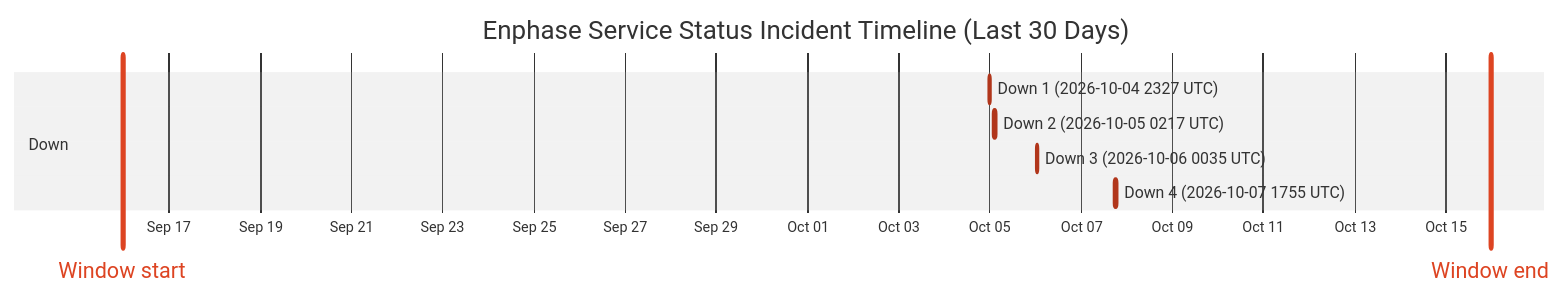
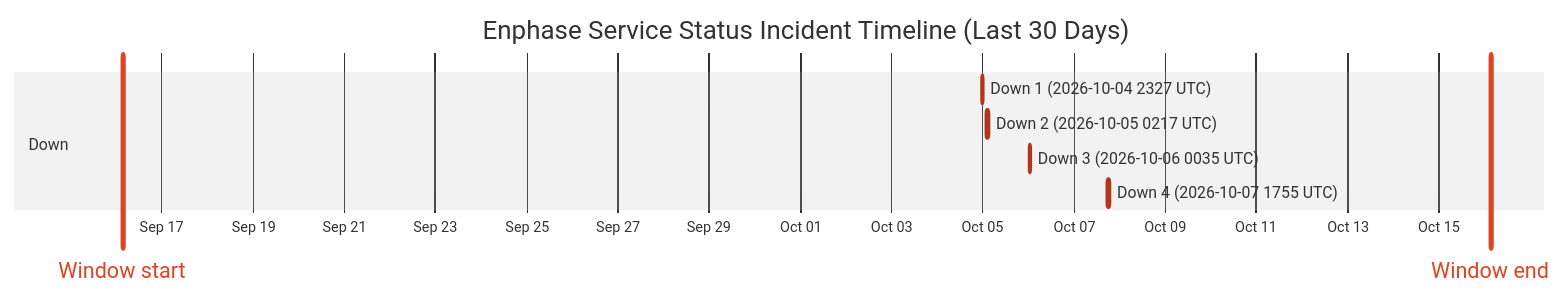
One commit to barneyonline/ha-enphase-energy changed the diagram in wiki/Service-Status-History.md. Above: the diagram before and after it, drawn with Mermaid (neutral theme). The commit also changed other lines of this file and 3 other files, not shown here.

````diff
--- a/wiki/Service-Status-History.md
+++ b/wiki/Service-Status-History.md
@@ -14,13 +14,13 @@
 ```mermaid
 gantt
     title Enphase Service Status Incident Timeline (Last 30 Days)
     dateFormat  YYYY-MM-DDTHH:mm:ss
     axisFormat  %b %d
-    Window start :vert, window-start, 2026-09-15T23:33:49, 0ms
-    Window end :vert, window-end, 2026-10-15T23:33:49, 0ms
+    Window start :vert, window-start, 2026-09-16T03:13:06, 0ms
+    Window end :vert, window-end, 2026-10-16T03:13:06, 0ms
     section Down
     Down 1 (2026-10-04 2327 UTC) :crit, down-1, 2026-10-04T23:27:34, 60m
     Down 2 (2026-10-05 0217 UTC) :crit, down-2, 2026-10-05T02:17:30, 60m
     Down 3 (2026-10-06 0035 UTC) :crit, down-3, 2026-10-06T00:35:21, 60m
     Down 4 (2026-10-07 1755 UTC) :crit, down-4, 2026-10-07T17:55:16, 60m
 ```
````
